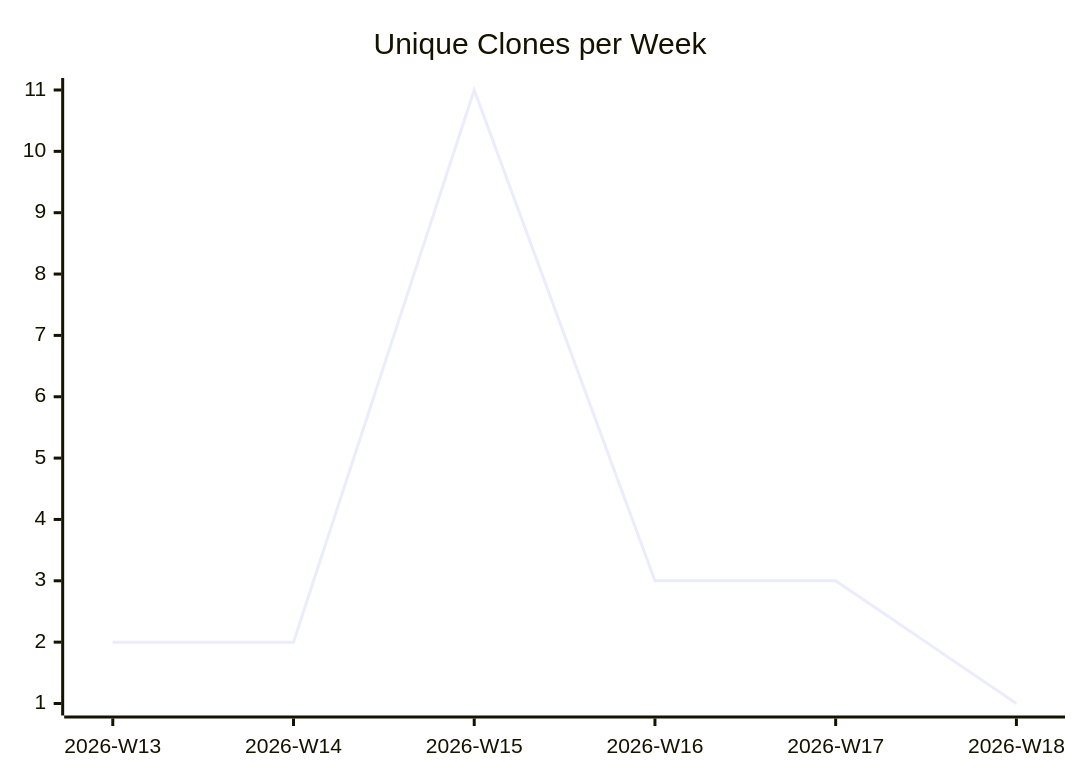
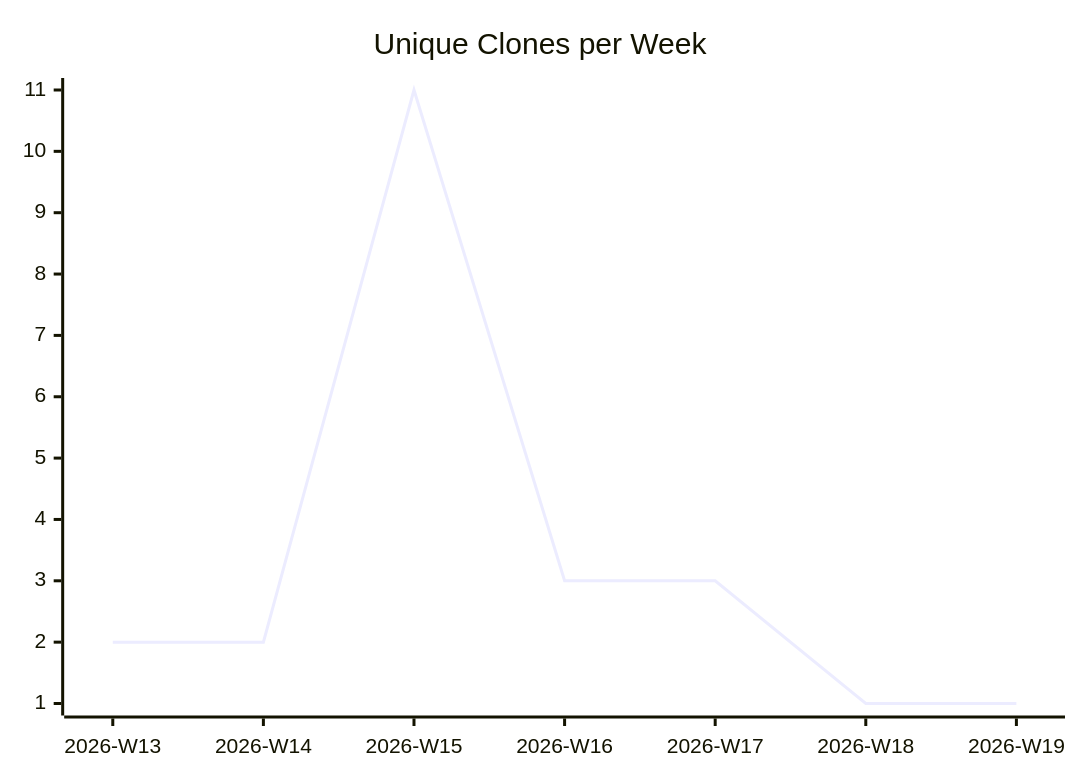
The third of 3 diagrams in karlmdavis/jessentials/README.md (justdavis-family/github-analytics-data), drawn with Mermaid before and after one commit. The commit also changed other lines of this file and 187 other files, not shown here.

````diff
--- a/karlmdavis/jessentials/README.md
+++ b/karlmdavis/jessentials/README.md
@@ -19,6 +19,6 @@
 ```mermaid
 xychart-beta
   title "Unique Clones per Week"
-  x-axis ["2026-W13", "2026-W14", "2026-W15", "2026-W16", "2026-W17", "2026-W18"]
-  line [2, 2, 11, 3, 3, 1]
+  x-axis ["2026-W13", "2026-W14", "2026-W15", "2026-W16", "2026-W17", "2026-W18", "2026-W19"]
+  line [2, 2, 11, 3, 3, 1, 1]
 ```
````
